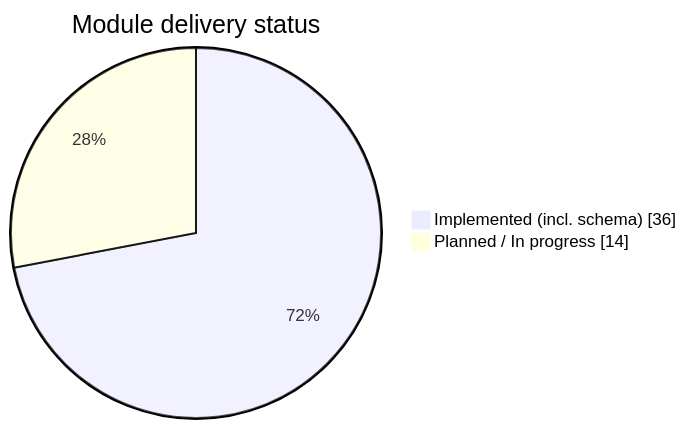
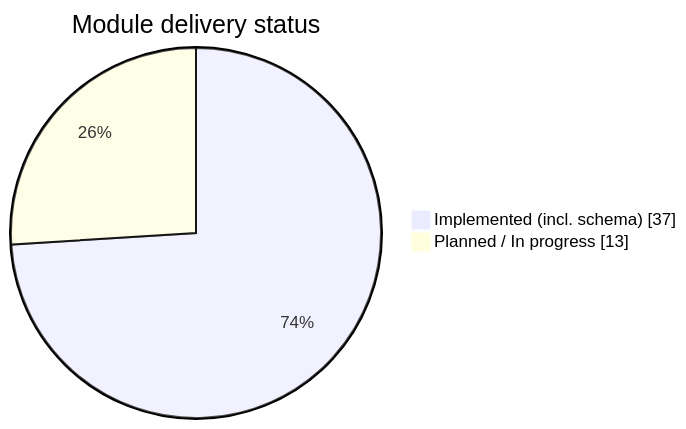
One commit to RITH-1437/educore changed the first of 2 diagrams in docs/6_Module-Status-and-Roadmap.md. Above: the diagram before and after it, drawn with Mermaid. The commit also changed other lines of this file and 50 other files, not shown here.

````diff
--- a/docs/6_Module-Status-and-Roadmap.md
+++ b/docs/6_Module-Status-and-Roadmap.md
@@ -47,6 +47,6 @@
 ```mermaid
 pie showData
   title Module delivery status
-  "Implemented (incl. schema)" : 36
-  "Planned / In progress" : 14
+  "Implemented (incl. schema)" : 37
+  "Planned / In progress" : 13
 ```
````
